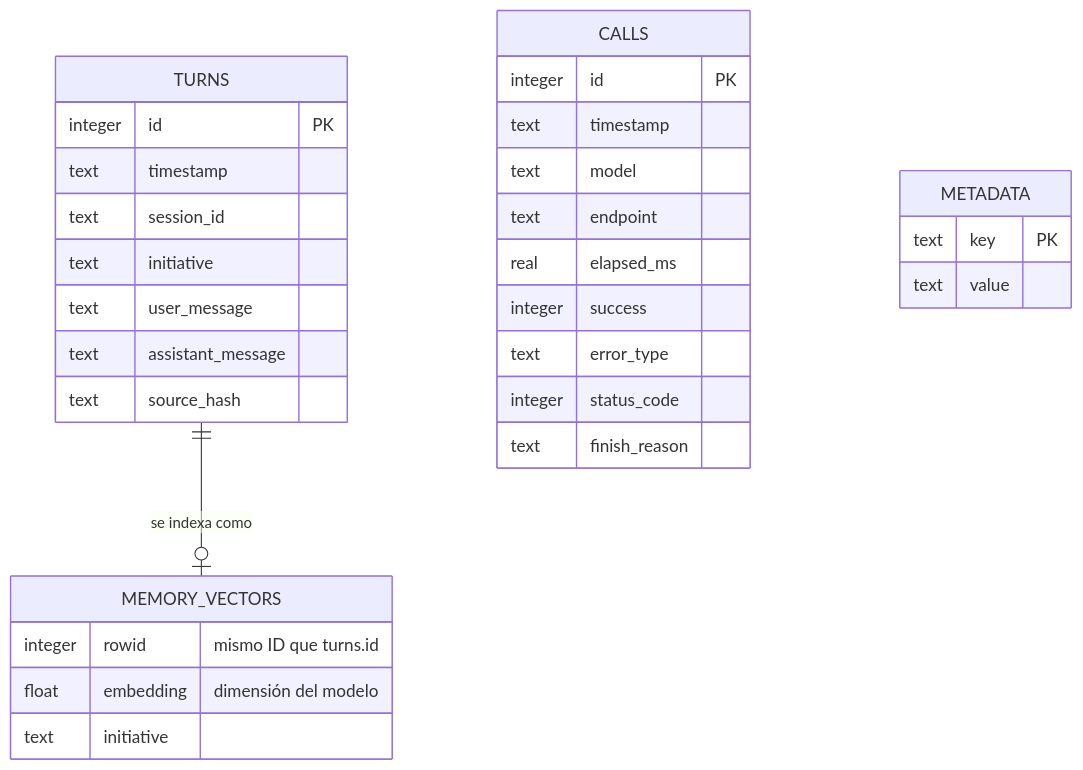
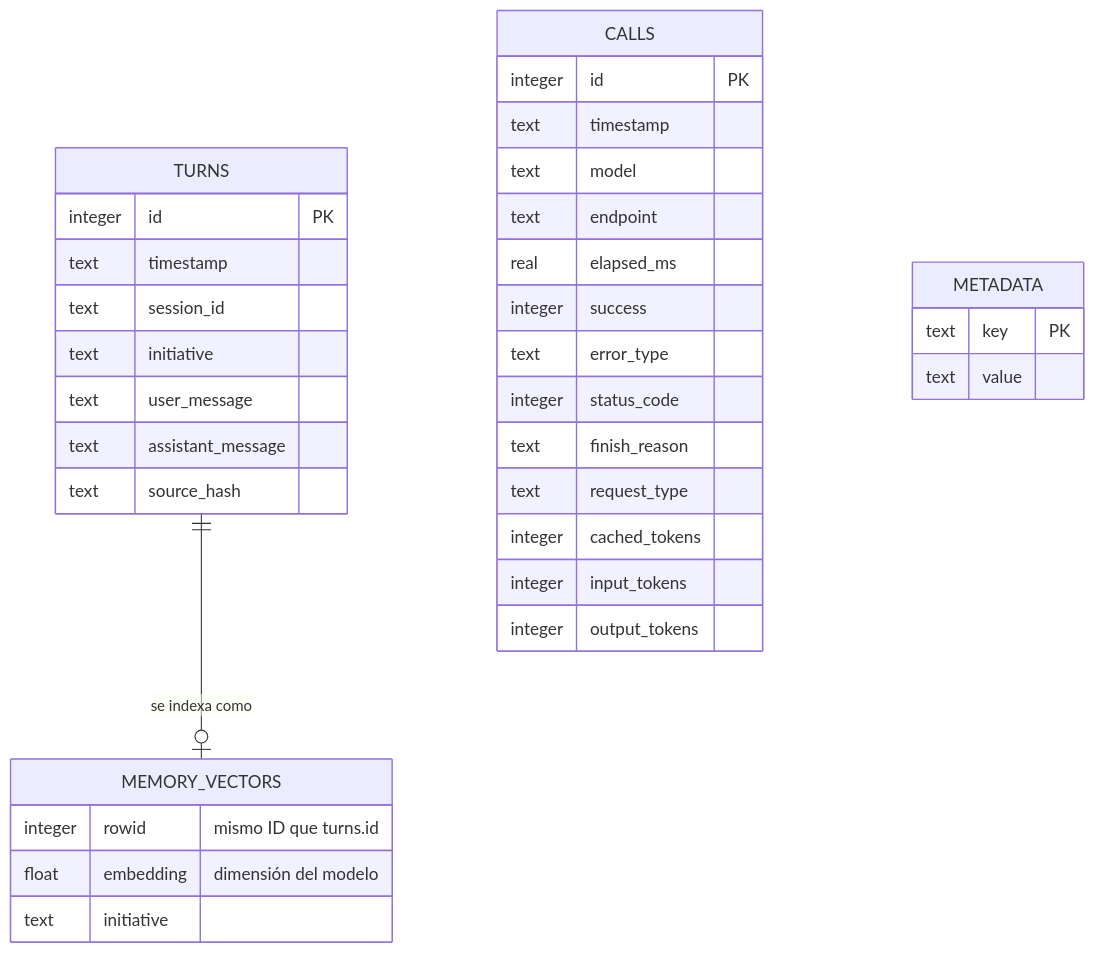
Before and after one commit to rafex/Agent-SpecNative-Development: the third of 3 diagrams in docs/history-and-sqlite.md, drawn with Mermaid. The commit also changed other lines of this file and 21 other files, not shown here.

````diff
--- a/docs/history-and-sqlite.md
+++ b/docs/history-and-sqlite.md
@@ -226,33 +241,37 @@
 ```mermaid
 erDiagram
     TURNS ||--o| MEMORY_VECTORS : "se indexa como"
     TURNS {
         integer id PK
         text timestamp
         text session_id
         text initiative
         text user_message
         text assistant_message
         text source_hash
     }
     CALLS {
         integer id PK
         text timestamp
         text model
         text endpoint
         real elapsed_ms
         integer success
         text error_type
         integer status_code
         text finish_reason
+        text request_type
+        integer cached_tokens
+        integer input_tokens
+        integer output_tokens
     }
     MEMORY_VECTORS {
         integer rowid "mismo ID que turns.id"
         float embedding "dimensión del modelo"
         text initiative
     }
     METADATA {
         text key PK
         text value
     }
 ```
````
